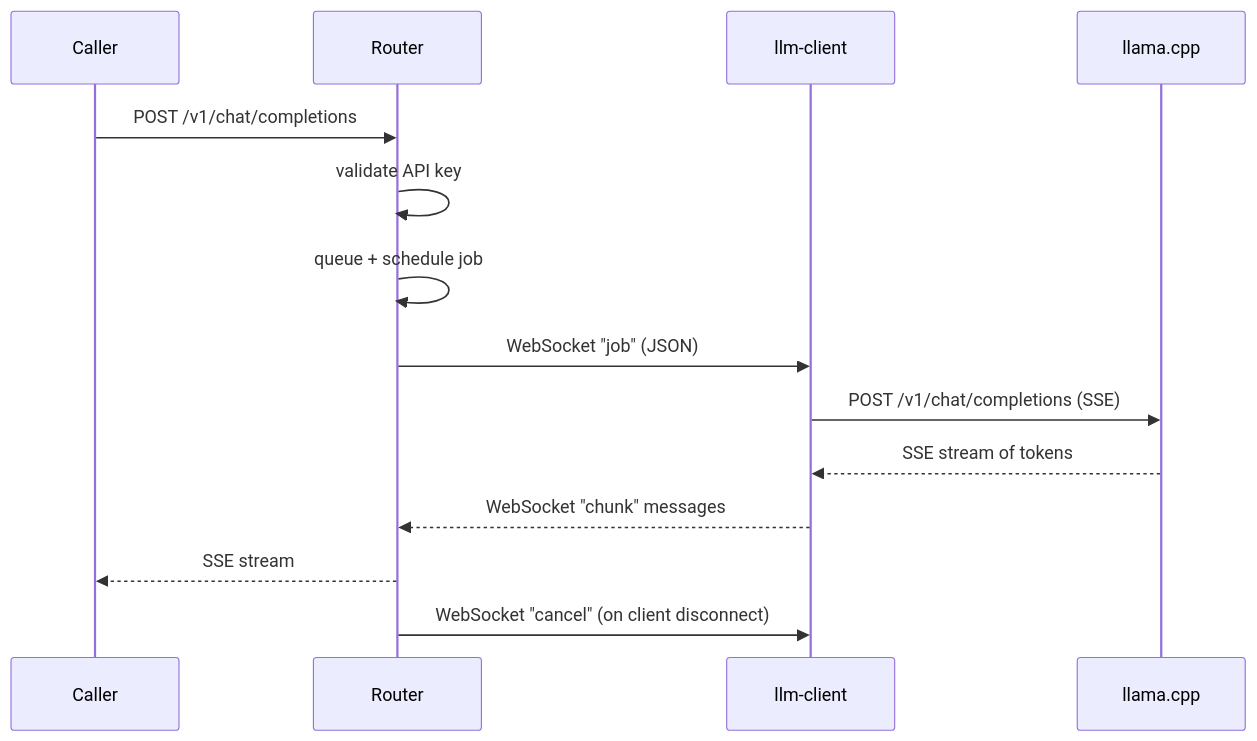
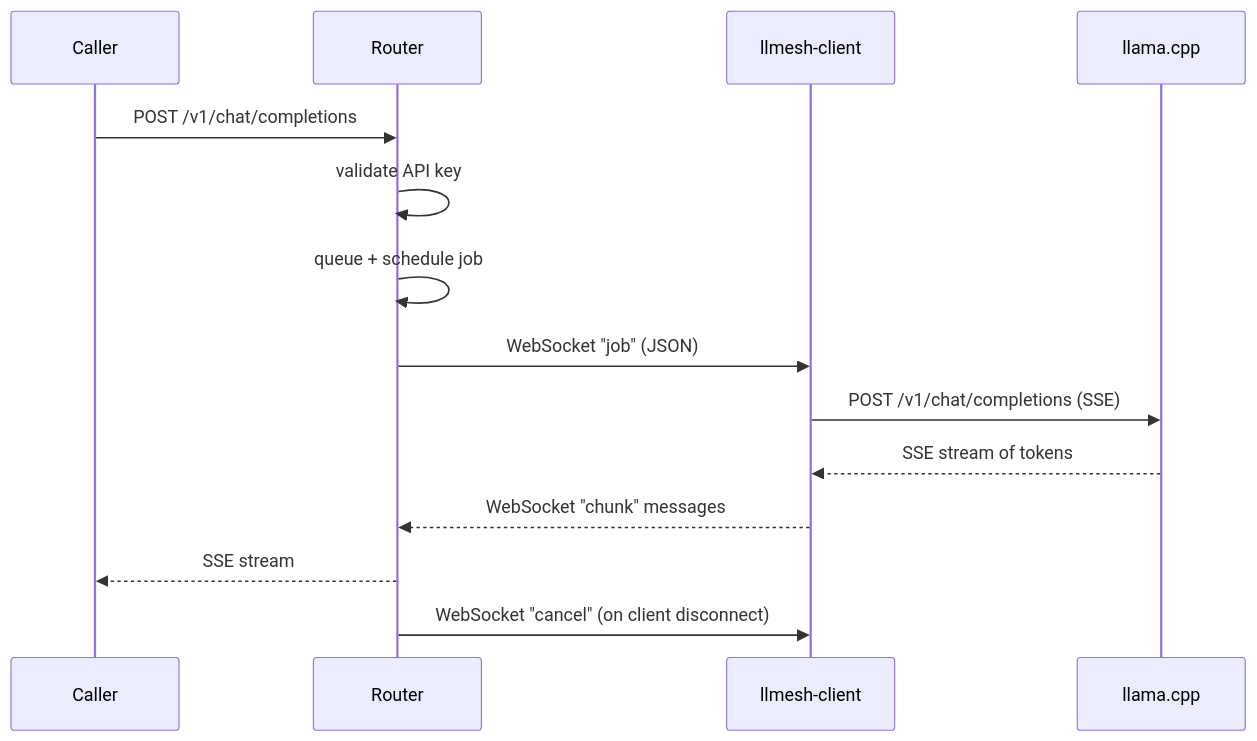
Before and after one commit to thomasteoh/llmesh: the diagram in README.md, drawn with Mermaid. The commit also changed other lines of this file and 12 other files, not shown here.

First line of the commit message:
refactor: rename llm-router and llm-client to llmesh-router and llmesh-client

````diff
--- a/README.md
+++ b/README.md
@@ -59,17 +59,17 @@
 ```mermaid
 sequenceDiagram
     participant C as Caller
     participant R as Router
-    participant W as llm-client
+    participant W as llmesh-client
     participant L as llama.cpp
 
     C->>R: POST /v1/chat/completions
     R->>R: validate API key
     R->>R: queue + schedule job
     R->>W: WebSocket "job" (JSON)
     W->>L: POST /v1/chat/completions (SSE)
     L-->>W: SSE stream of tokens
     W-->>R: WebSocket "chunk" messages
     R-->>C: SSE stream
     R->>W: WebSocket "cancel" (on client disconnect)
 ```
````
